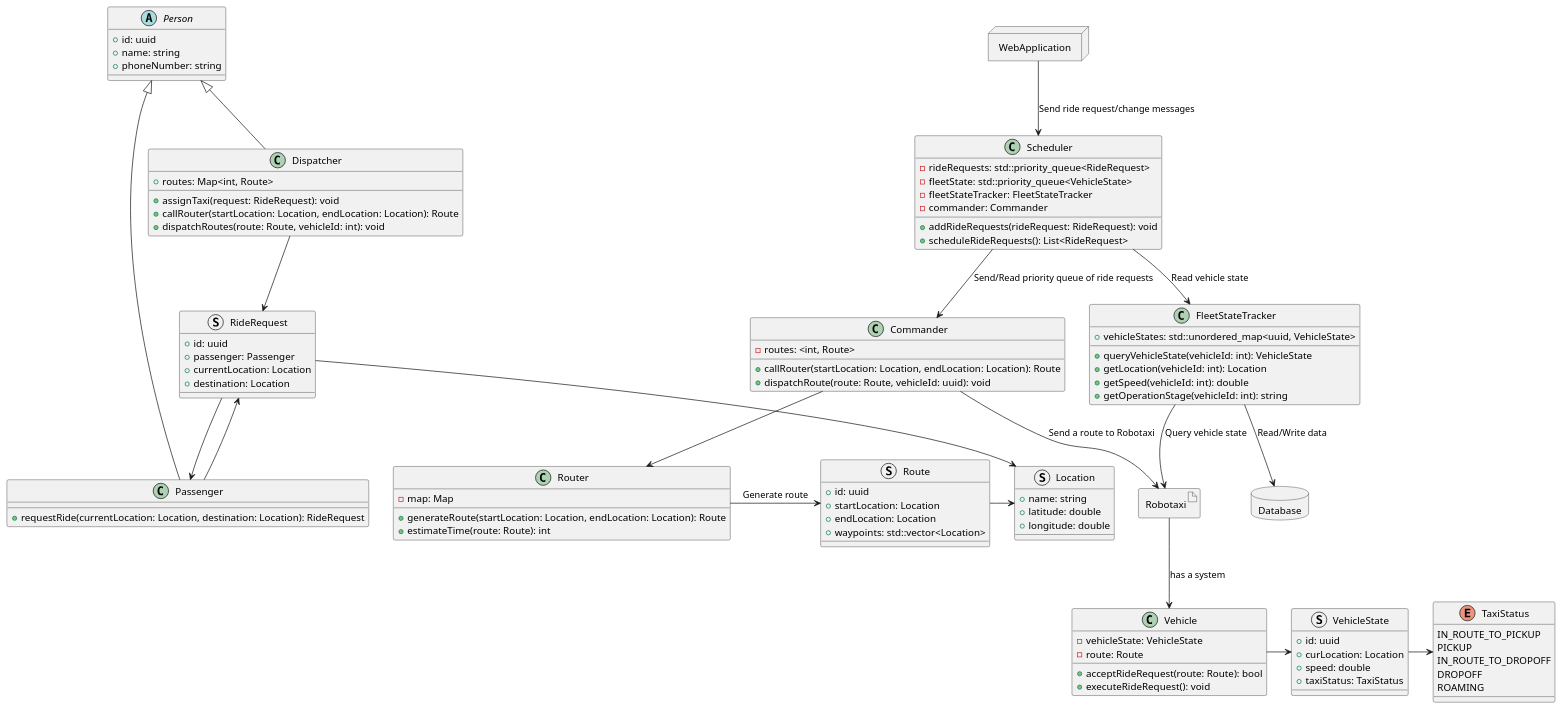
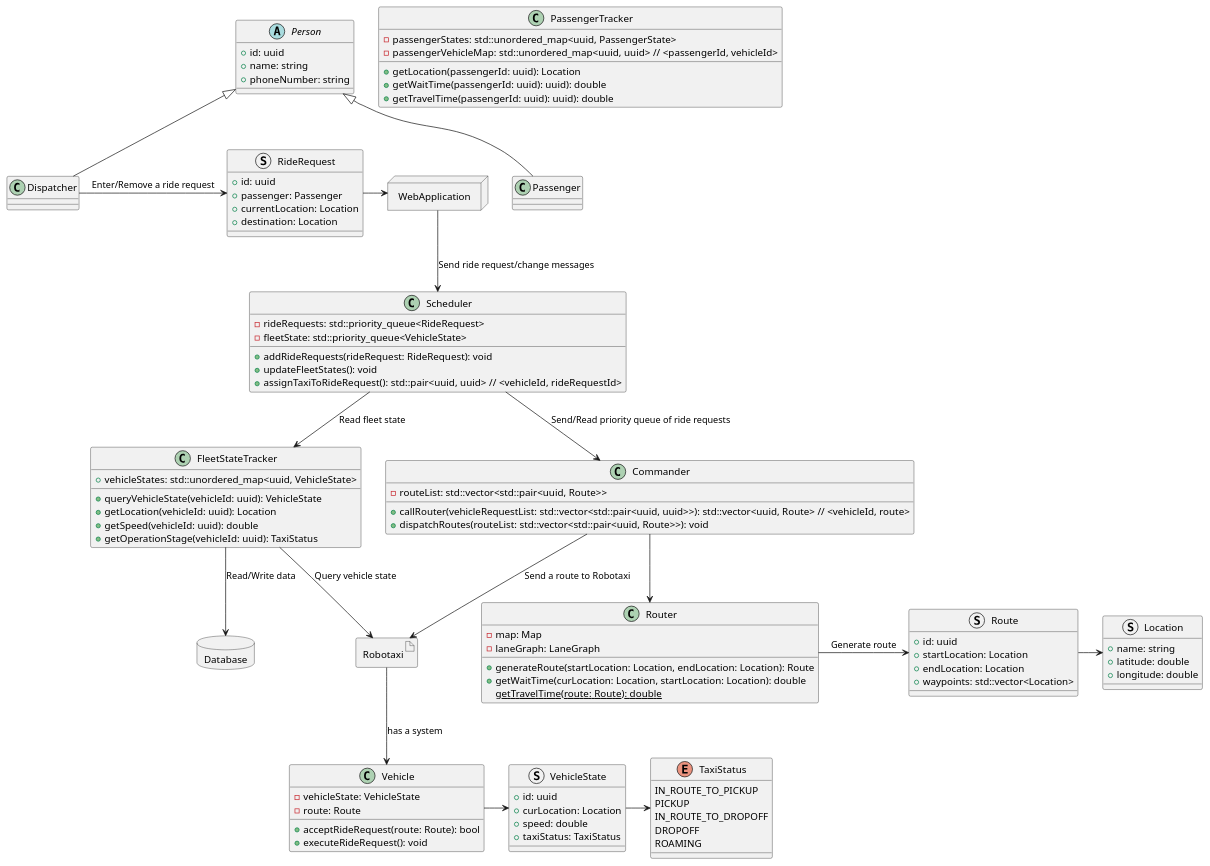
One commit to RobotMa/DesignPattern changed the diagram in Misc/RobotaxiManagementSystem/Class.puml. Above: the diagram before and after it, drawn with PlantUML.

Commit message:
refined class diagram for robo taxi

```diff
--- a/Misc/RobotaxiManagementSystem/Class.puml
+++ b/Misc/RobotaxiManagementSystem/Class.puml
@@ -1,128 +1,127 @@
 @startuml
 
 enum TaxiStatus {
   IN_ROUTE_TO_PICKUP
   PICKUP
   IN_ROUTE_TO_DROPOFF
   DROPOFF
   ROAMING
 }
 
 abstract class Person {
   +id: uuid
   +name: string
   +phoneNumber: string
 }
 
 class Passenger extends Person {
-  +requestRide(currentLocation: Location, destination: Location): RideRequest
 }
 
 class Dispatcher extends Person {
-  +assignTaxi(request: RideRequest): void
 }
 
 struct RideRequest {
   +id: uuid
   +passenger: Passenger
   +currentLocation: Location
   +destination: Location
 }
 
 struct Location {
   +name: string
   +latitude: double
   +longitude: double
 }
 
-Passenger --> RideRequest
-RideRequest --> Passenger
-RideRequest --> Location
-Dispatcher --> RideRequest
-
 node WebApplication {
 }
+
+Dispatcher -> RideRequest : "Enter/Remove a ride request"
+RideRequest -> WebApplication
 
 class Scheduler {
   -rideRequests: std::priority_queue<RideRequest>
   -fleetState: std::priority_queue<VehicleState>
-  -fleetStateTracker: FleetStateTracker
-  -commander: Commander
   +addRideRequests(rideRequest: RideRequest): void
-  +scheduleRideRequests(): List<RideRequest>
+  +updateFleetStates(): void
+  +assignTaxiToRideRequest(): std::pair<uuid, uuid> // <vehicleId, rideRequestId>
 }
 
 struct Route {
   +id: uuid
   +startLocation: Location
   +endLocation: Location
   +waypoints: std::vector<Location>
 }
 
 Route -> Location
 
 class Router {
   -map: Map
+  -laneGraph: LaneGraph
   +generateRoute(startLocation: Location, endLocation: Location): Route
-  +estimateTime(route: Route): int
+  +getWaitTime(curLocation: Location, startLocation: Location): double
+  {static} getTravelTime(route: Route): double
 }
 
 Router -> Route : "Generate route"
 
+class PassengerTracker {
+  -passengerStates: std::unordered_map<uuid, PassengerState>
+  -passengerVehicleMap: std::unordered_map<uuid, uuid> // <passengerId, vehicleId>
+  +getLocation(passengerId: uuid): Location
+  +getWaitTime(passengerId: uuid): uuid): double
+  +getTravelTime(passengerId: uuid): uuid): double
+}
+
 class FleetStateTracker {
   +vehicleStates: std::unordered_map<uuid, VehicleState>
-  +queryVehicleState(vehicleId: int): VehicleState
-  +getLocation(vehicleId: int): Location
-  +getSpeed(vehicleId: int): double
-  +getOperationStage(vehicleId: int): string
-}
-
-class Dispatcher {
-  +routes: Map<int, Route>
-  +callRouter(startLocation: Location, endLocation: Location): Route
-  +dispatchRoutes(route: Route, vehicleId: int): void
+  +queryVehicleState(vehicleId: uuid): VehicleState
+  +getLocation(vehicleId: uuid): Location
+  +getSpeed(vehicleId: uuid): double
+  +getOperationStage(vehicleId: uuid): TaxiStatus
 }
 
 database Database {
 '  +data: Map<string, List<Record>>
 '  +readData(query: string): List<Record>
 '  +writeData(record: Record): void
 }
 
 artifact Robotaxi {
 }
 
 class Vehicle {
   -vehicleState: VehicleState
   -route: Route
   +acceptRideRequest(route: Route): bool
   +executeRideRequest(): void
 }
 
 struct VehicleState {
   +id: uuid
   +curLocation: Location
   +speed: double
   +taxiStatus: TaxiStatus
 }
 
 Robotaxi --> Vehicle : has a system
 Vehicle -> VehicleState
 
 class Commander {
-  -routes: <int, Route>
-  +callRouter(startLocation: Location, endLocation: Location): Route
-  +dispatchRoute(route: Route, vehicleId: uuid): void
+  -routeList: std::vector<std::pair<uuid, Route>>
+  +callRouter(vehicleRequestList: std::vector<std::pair<uuid, uuid>>): std::vector<uuid, Route> // <vehicleId, route>
+  +dispatchRoutes(routeList: std::vector<std::pair<uuid, Route>>): void
 }
 
 VehicleState -> TaxiStatus
 WebApplication --> Scheduler : "Send ride request/change messages"
-Scheduler --> FleetStateTracker : "Read vehicle state"
+Scheduler --> FleetStateTracker : "Read fleet state"
 FleetStateTracker --> Database : "Read/Write data"
 Scheduler --> Commander : "Send/Read priority queue of ride requests"
 Commander --> Router
 Commander --> Robotaxi: "Send a route to Robotaxi"
 FleetStateTracker --> Robotaxi : "Query vehicle state"
 
 
 @enduml
```
